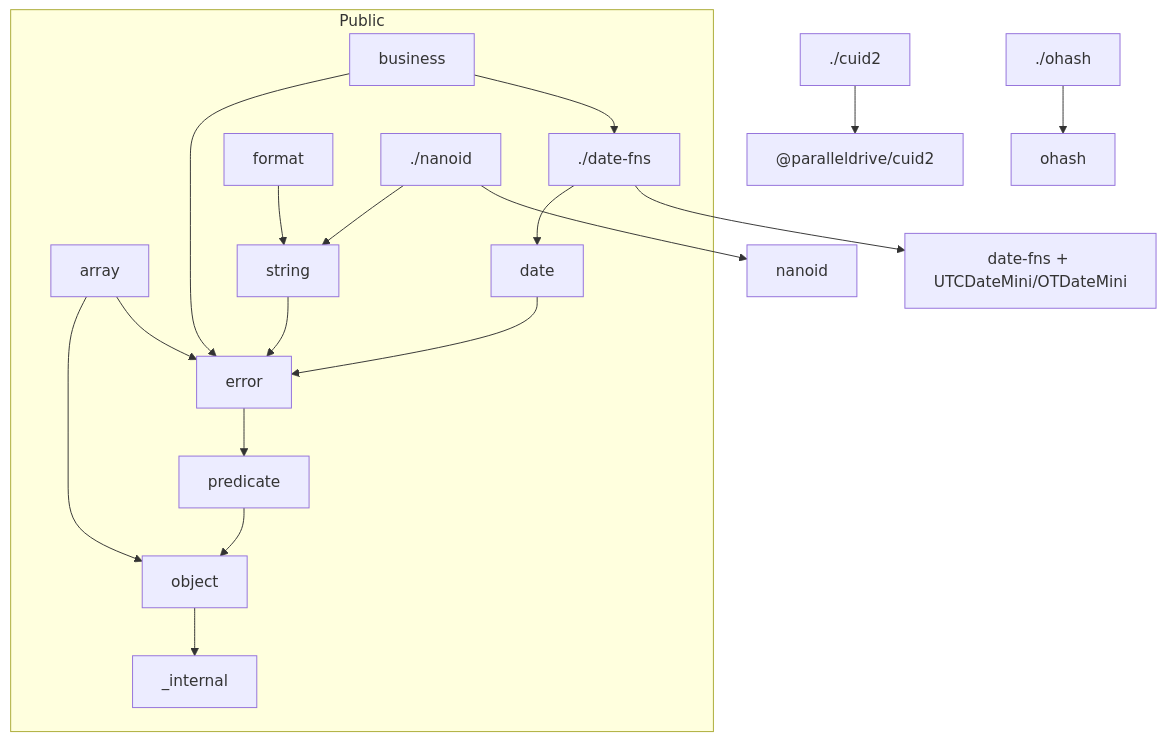
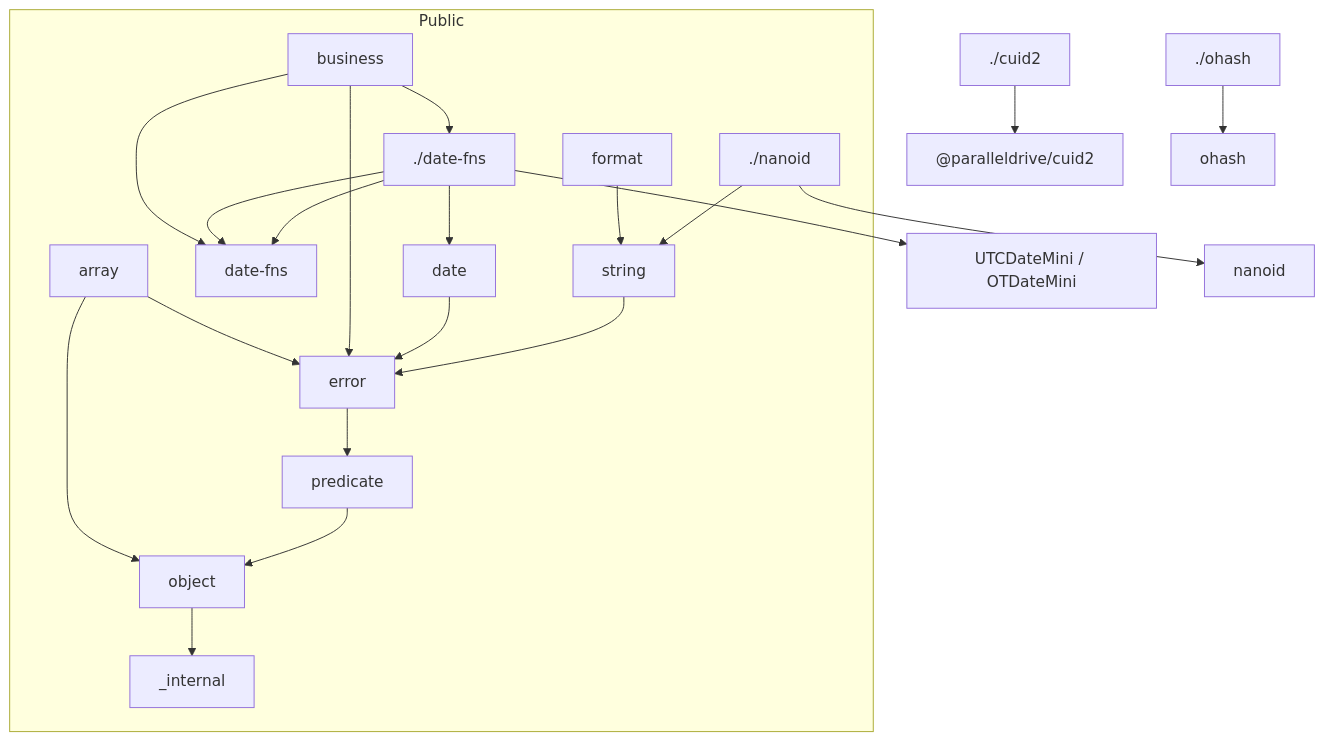
One commit to bingtsingw/xstools-open changed the diagram in .agents/docs/architecture.md. Above: the diagram before and after it, drawn with Mermaid. The commit also changed other lines of this file and 5 other files, not shown here.

Commit message:
fix(utility): stop bundling date-fns so named function and locale imports can tree-shake

````diff
--- a/.agents/docs/architecture.md
+++ b/.agents/docs/architecture.md
@@ -62,22 +62,25 @@
 ```mermaid
 flowchart TB
   subgraph public [Public]
     array --> object
     array --> error
     business --> error
+    business --> datefns
     business --> date_fns_exp
     date --> error
     date_fns_exp --> date
+    date_fns_exp --> datefns
     string --> error
     format --> string
     error --> predicate
     predicate --> object
     object --> internal["_internal"]
     nanoid_exp["./nanoid"] --> string
   end
 
   cuid2_exp["./cuid2"] --> cuid2lib["@paralleldrive/cuid2"]
-  date_fns_exp["./date-fns"] --> datefns["date-fns + UTCDateMini/OTDateMini"]
+  date_fns_exp["./date-fns"] --> datefns["date-fns"]
+  date_fns_exp --> mini["UTCDateMini / OTDateMini"]
   nanoid_exp --> nanoidlib[nanoid]
   ohash_exp["./ohash"] --> ohashlib[ohash]
 ```
````
